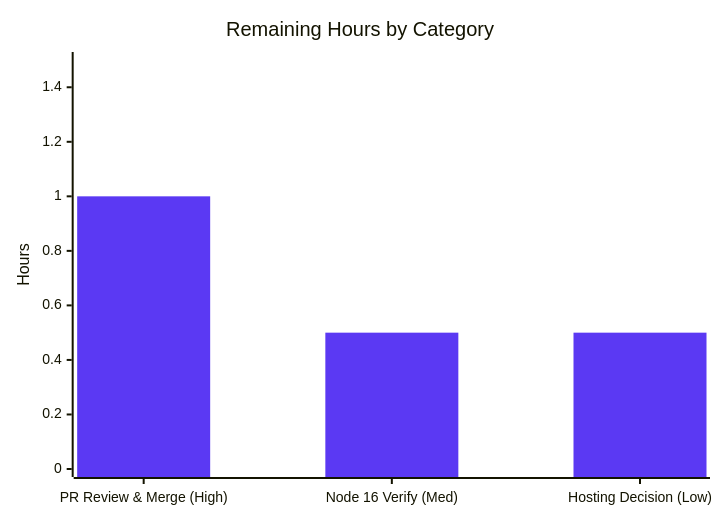
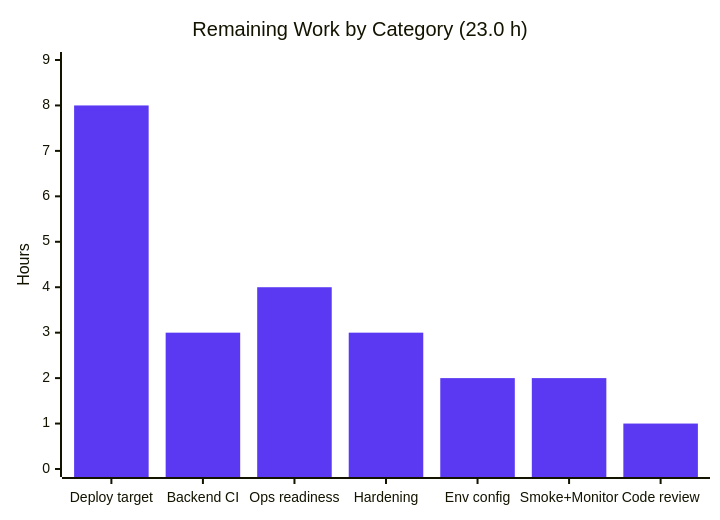
Before and after one commit to blitzy-public-samples/hello-world2-0r6b4x: the third of 5 diagrams in blitzy/documentation/Project Guide.md, drawn with Mermaid. The commit also changed other lines of this file, not shown here.

Commit message:
Adding Blitzy Project Guide: Project Status and Human Tasks Remaining

````diff
--- a/blitzy/documentation/Project Guide.md
+++ b/blitzy/documentation/Project Guide.md
@@ -194,8 +290,8 @@
 ```mermaid
-%%{init: {'theme':'base','themeVariables':{'xyChart':{'plotColorPalette':'#5B39F3'}}}}%%
+%%{init: {"theme":"base","themeVariables":{"xyChart":{"plotColorPalette":"#5B39F3"}}}}%%
 xychart-beta
-    title "Remaining Hours by Category"
-    x-axis ["PR Review & Merge (High)", "Node 16 Verify (Med)", "Hosting Decision (Low)"]
-    y-axis "Hours" 0 --> 1.5
-    bar [1.0, 0.5, 0.5]
+    title "Remaining Work by Category (23.0 h)"
+    x-axis ["Deploy target", "Backend CI", "Ops readiness", "Hardening", "Env config", "Smoke+Monitor", "Code review"]
+    y-axis "Hours" 0 --> 9
+    bar [8.0, 3.0, 4.0, 3.0, 2.0, 2.0, 1.0]
 ```
````
